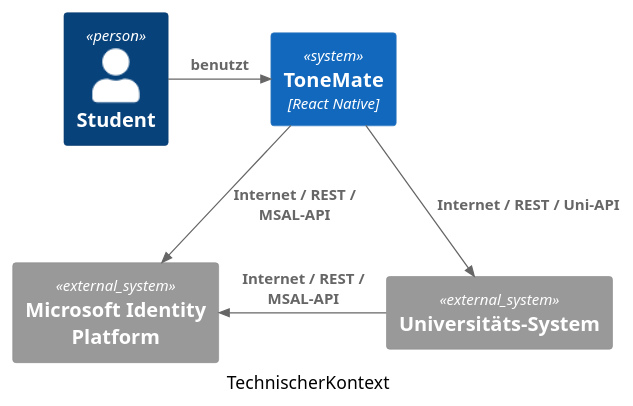
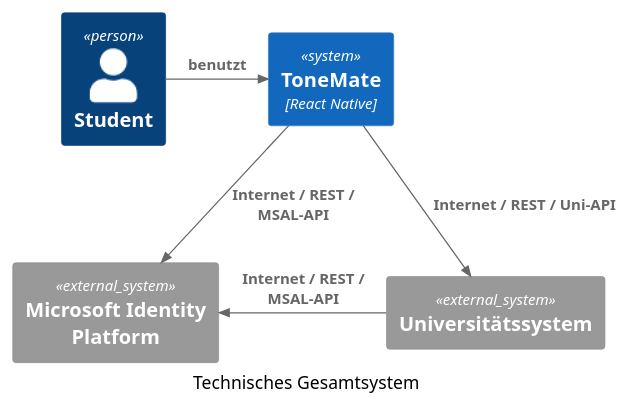
The diagram in diagrams/technischer_kontext.puml (BB223/sw-architecture), drawn with PlantUML before and after one commit. The commit also changed 18 other files, not shown here.

```diff
--- a/diagrams/technischer_kontext.puml
+++ b/diagrams/technischer_kontext.puml
@@ -1,18 +1,18 @@
 @startuml
 !include <C4/C4_Context>
 
-caption TechnischerKontext
+caption Technisches Gesamtsystem
 
 Person(student, "Student")
 
 System(toneMate, "ToneMate", $type="React Native")
 System_Ext(oauth, "Microsoft Identity Platform")
-System_Ext(uni, "Universitäts-System")
+System_Ext(uni, "Universitätssystem")
 
 Rel_D(toneMate, uni, "Internet / REST / Uni-API")
 Rel_L(uni, oauth, "Internet / REST / MSAL-API")
 Rel_D(toneMate, oauth, "Internet / REST / MSAL-API")
 
 Rel_R(student, toneMate, "benutzt")
 
 @enduml
```
